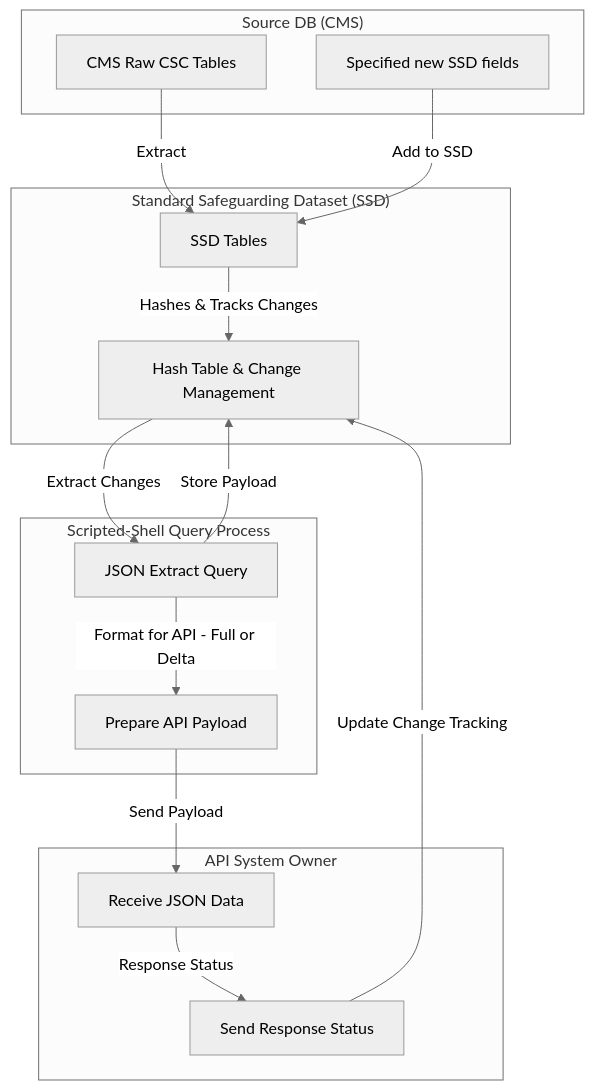
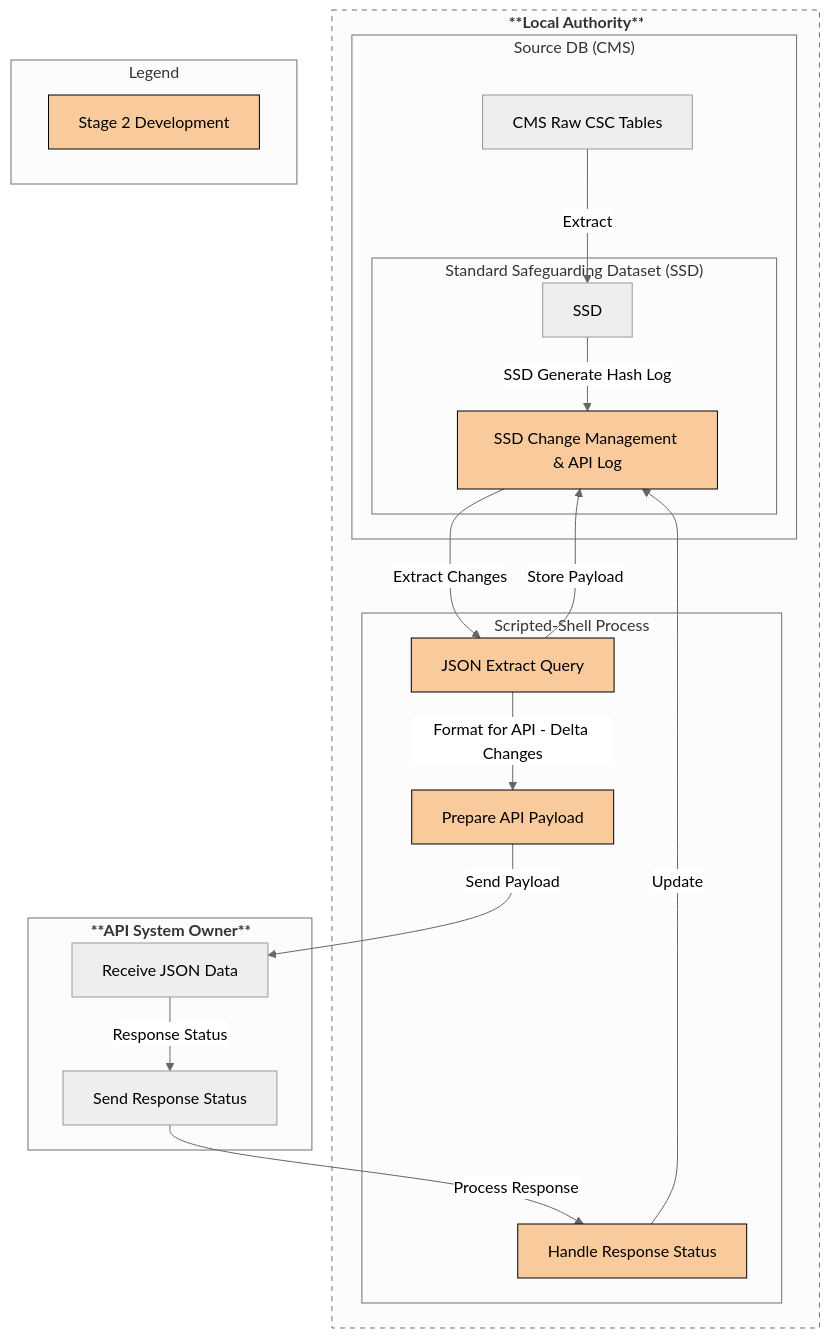
One commit to data-to-insight/dfe-csc-api-data-flows changed the second of 2 diagrams in docs/development_plan.md. Above: the diagram before and after it, drawn with Mermaid (neutral theme). The commit also changed other lines of this file and 13 other files, not shown here.

Commit message:
0.0.2 diagram fixes initial baseline stage 1 plan

````diff
--- a/docs/development_plan.md
+++ b/docs/development_plan.md
@@ -18,33 +131,60 @@
 ```mermaid
 flowchart TD
-    subgraph Source_DB ["Source DB (CMS)"]
-        cms_raw_tables["CMS Raw CSC Tables"]
-        specified_fields["Specified new SSD fields"]
+    %% Local Authority systems
+    subgraph Local_Authority ["**Local Authority**"]
+        style Local_Authority font-weight:bold;
+
+        subgraph Source_DB ["Source DB (CMS)"]
+            cms_raw_tables["CMS Raw CSC Tables"]
+
+            subgraph SSD ["Standard Safeguarding Dataset (SSD)"]
+                ssd_tables["SSD"]
+                hash_table_process["SSD Change Management & API Log"]
+            end
+        end
+
+        subgraph Shell_Process ["Scripted-Shell Process"]
+            json_query["JSON Extract Query"]
+            api_payload["Prepare API Payload"]
+            handle_status["Handle Response Status"]
+        end
     end
+    style Local_Authority stroke-dasharray: 5,5  %% LA boundary
 
-    subgraph SSD ["Standard Safeguarding Dataset (SSD)"]
-        ssd_tables["SSD Tables"]
-        hash_table_process["Hash Table & Change Management"]
-    end
+    %% API System Owner system(s)
+    subgraph API_System ["**API System Owner**"]
+        style API_System font-weight:bold;
 
-    subgraph Shell_Process ["Scripted-Shell Query Process"]
-        json_query["JSON Extract Query"]
-        api_payload["Prepare API Payload"]
-    end
-
-    subgraph API_System ["API System Owner"]
         api_receive["Receive JSON Data"]
         api_status["Send Response Status"]
     end
 
     %% Arrows showing data flow
     cms_raw_tables -->|Extract| ssd_tables
-    specified_fields -->|Add to SSD| ssd_tables
-    ssd_tables -->|Hashes & Tracks Changes| hash_table_process
+    ssd_tables -->|SSD Generate Hash Log| hash_table_process
     hash_table_process -->|Extract Changes| json_query
-    json_query -->|Format for API - Full or Delta| api_payload
+    json_query -->|Format for API - Delta Changes| api_payload
     json_query -->|Store Payload| hash_table_process
     api_payload -->|Send Payload| api_receive
     api_receive -->|Response Status| api_status
-    api_status -->|Update Change Tracking| hash_table_process
+    api_status -->|Process Response| handle_status
+    handle_status -->|Update| hash_table_process
+
+    %% Apply Colors Using Class Definitions
+    classDef existingProcess fill:#cfe2f3,stroke:#000,stroke-width:1px;  %% Light Blue
+    classDef newProcess fill:#f9cb9c,stroke:#000,stroke-width:1px;  %% Light Orange
+
+    %% Assign Classes
+    class json_query newProcess;
+    class api_payload newProcess;
+    class handle_status newProcess;
+    class hash_table_process newProcess;
+
+    %% Legend
+    subgraph Legend ["Legend"]
+        new_process_key["Stage 2 Development"]
+        style new_process_key fill:#f9cb9c,stroke:#000,stroke-width:1px;  %% Match newProcess color
+    end
+    style Legend width:200px  %% Legend size
+
 ```
````
